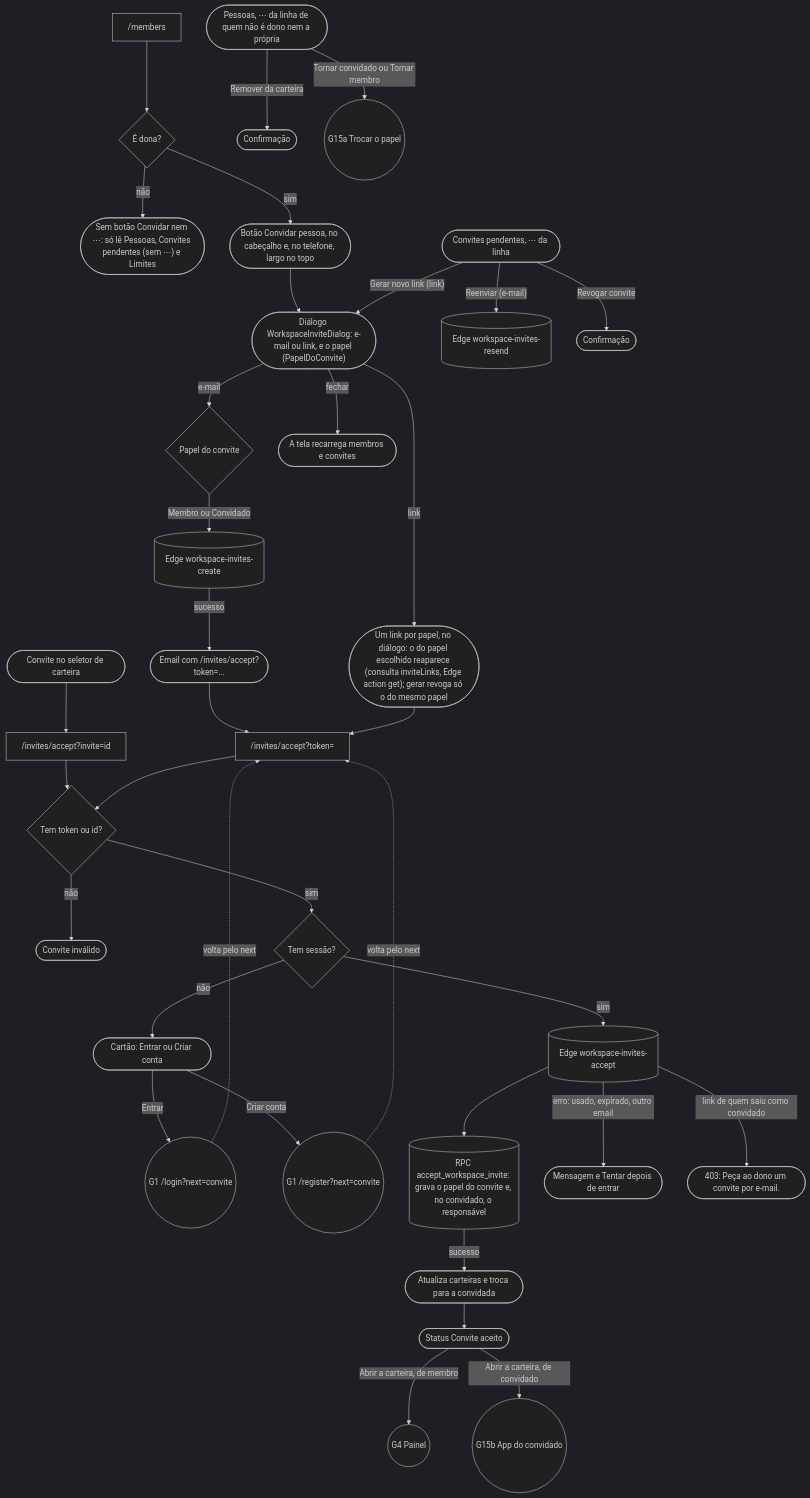
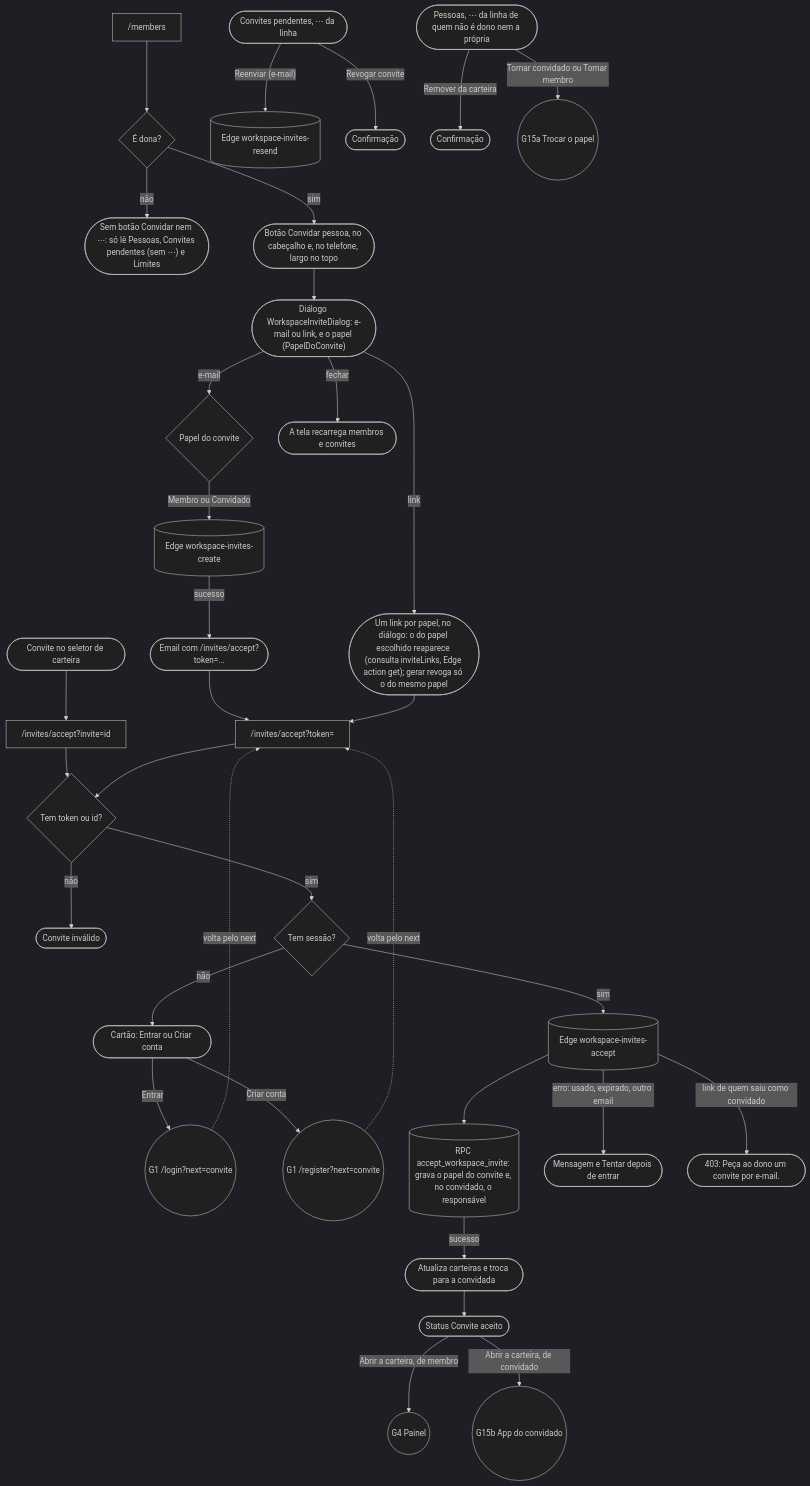
Before and after one commit to kauax2000/finance_app: the fifth of 32 diagrams in docs/JORNADAS.md, drawn with Mermaid. The commit also changed other lines of this file and 1 other file, not shown here.

Commit message:
fix(membros): o link gerado não esconde o do outro papel; textos e jornadas em dia

````diff
--- a/docs/JORNADAS.md
+++ b/docs/JORNADAS.md
@@ -350,39 +350,38 @@
 ```mermaid
 %%{init: {"theme": "dark"}}%%
 flowchart TD
     members["/members"] --> isOwner{"É dona?"}
     isOwner -->|"não"| readonly(["Sem botão Convidar nem ⋯: só lê Pessoas, Convites pendentes (sem ⋯) e Limites"])
     isOwner -->|"sim"| actions(["Botão Convidar pessoa, no cabeçalho e, no telefone, largo no topo"])
     actions --> dlg(["Diálogo WorkspaceInviteDialog: e-mail ou link, e o papel (PapelDoConvite)"])
     dlg -->|"e-mail"| papel{"Papel do convite"}
     papel -->|"Membro ou Convidado"| create[("Edge workspace-invites-create")]
     create -->|"sucesso"| mail(["Email com /invites/accept?token=..."])
     dlg -->|"link"| link(["Um link por papel, no diálogo: o do papel escolhido reaparece (consulta inviteLinks, Edge action get); gerar revoga só o do mesmo papel"])
     dlg -->|"fechar"| recarrega(["A tela recarrega membros e convites"])
     pend(["Convites pendentes, ⋯ da linha"]) -->|"Reenviar (e-mail)"| resend[("Edge workspace-invites-resend")]
-    pend -->|"Gerar novo link (link)"| dlg
     pend -->|"Revogar convite"| revoke(["Confirmação"])
     pessoas(["Pessoas, ⋯ da linha de quem não é dono nem a própria"]) -->|"Remover da carteira"| remove(["Confirmação"])
     pessoas -->|"Tornar convidado ou Tornar membro"| G15a(("G15a Trocar o papel"))
 
     mail --> acceptPage["/invites/accept?token="]
     link --> acceptPage
     picker(["Convite no seletor de carteira"]) --> acceptById["/invites/accept?invite=id"]
     acceptById --> hasToken
     acceptPage --> hasToken{"Tem token ou id?"}
     hasToken -->|"não"| invalid(["Convite inválido"])
     hasToken -->|"sim"| logged{"Tem sessão?"}
     logged -->|"não"| gate(["Cartão: Entrar ou Criar conta"])
     gate -->|"Entrar"| login(("G1 /login?next=convite"))
     gate -->|"Criar conta"| register(("G1 /register?next=convite"))
     login -.->|"volta pelo next"| acceptPage
     register -.->|"volta pelo next"| acceptPage
     logged -->|"sim"| acceptFn[("Edge workspace-invites-accept")]
     acceptFn --> grava[("RPC accept_workspace_invite: grava o papel do convite e, no convidado, o responsável")]
     acceptFn -->|"erro: usado, expirado, outro email"| fail(["Mensagem e Tentar depois de entrar"])
     acceptFn -->|"link de quem saiu como convidado"| exConv(["403: Peça ao dono um convite por e-mail."])
     grava -->|"sucesso"| switched(["Atualiza carteiras e troca para a convidada"])
     switched --> accepted(["Status Convite aceito"])
     accepted -->|"Abrir a carteira, de membro"| dash(("G4 Painel"))
     accepted -->|"Abrir a carteira, de convidado"| guest(("G15b App do convidado"))
 ```
````
